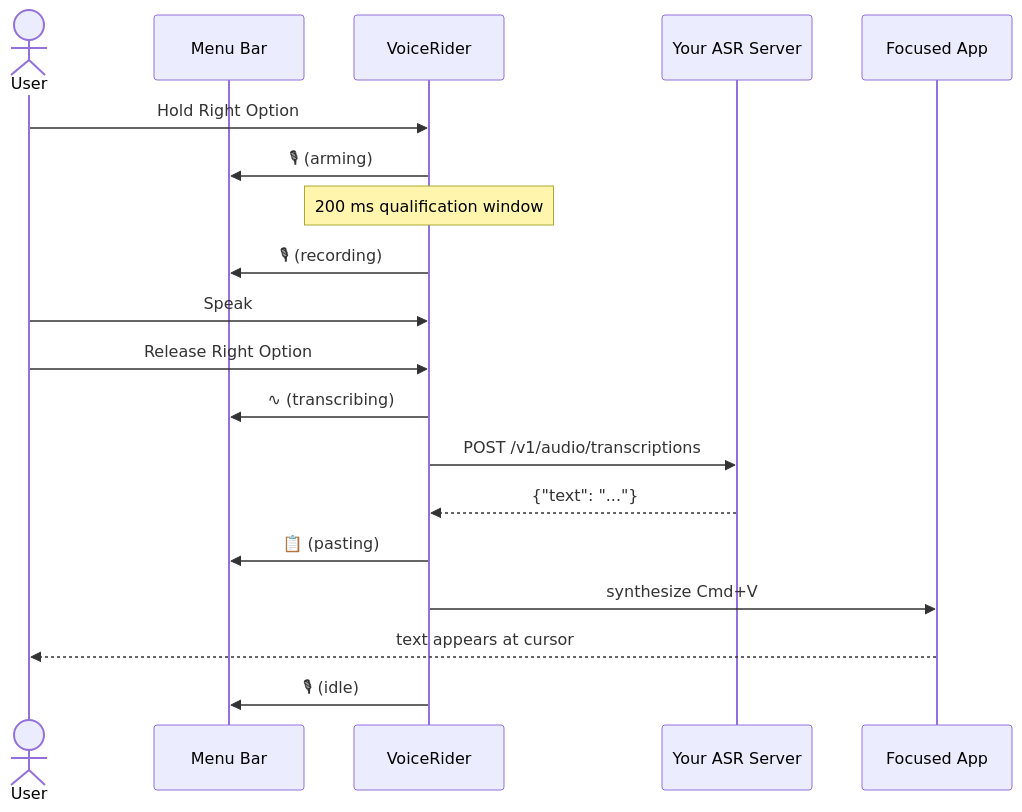
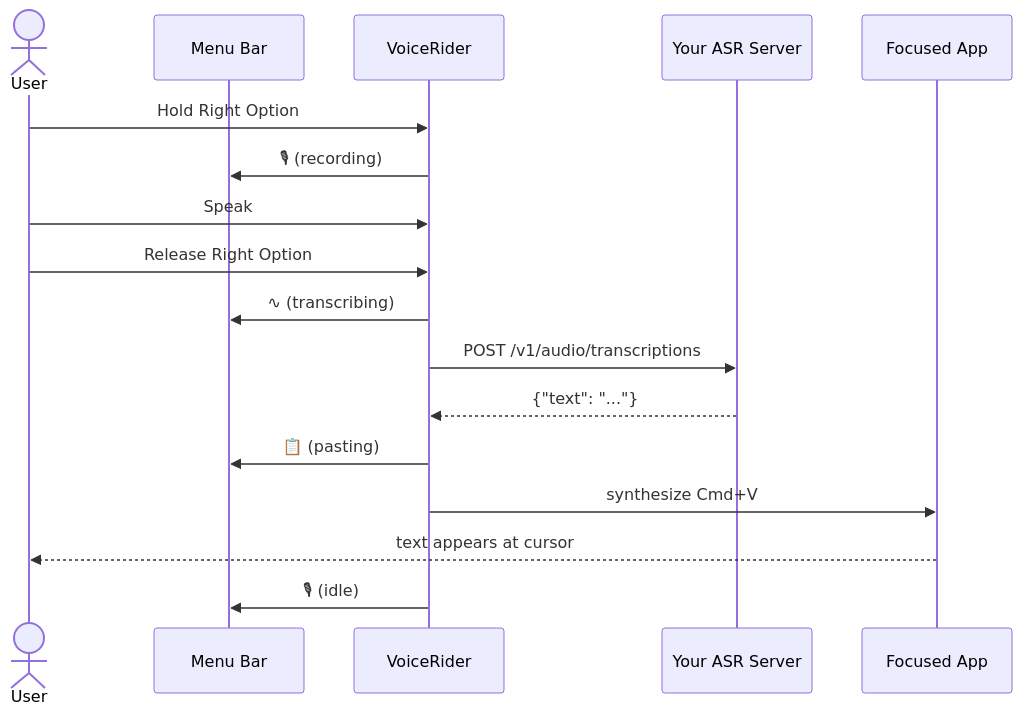
The first of 3 diagrams in README.md (ssstonebraker/voicerider), drawn with Mermaid before and after one commit. The commit also changed other lines of this file and 37 other files, not shown here.

````diff
--- a/README.md
+++ b/README.md
@@ -74,22 +72,20 @@
 ```mermaid
 sequenceDiagram
     actor User
     participant Bar as Menu Bar
     participant App as VoiceRider
     participant Server as Your ASR Server
     participant Focus as Focused App
 
     User->>App: Hold Right Option
-    App->>Bar: 🎙 (arming)
-    Note over App: 200 ms qualification window
     App->>Bar: 🎙 (recording)
     User->>App: Speak
     User->>App: Release Right Option
     App->>Bar: ∿ (transcribing)
     App->>Server: POST /v1/audio/transcriptions
     Server-->>App: {"text": "..."}
     App->>Bar: 📋 (pasting)
     App->>Focus: synthesize Cmd+V
     Focus-->>User: text appears at cursor
     App->>Bar: 🎙 (idle)
 ```
````
